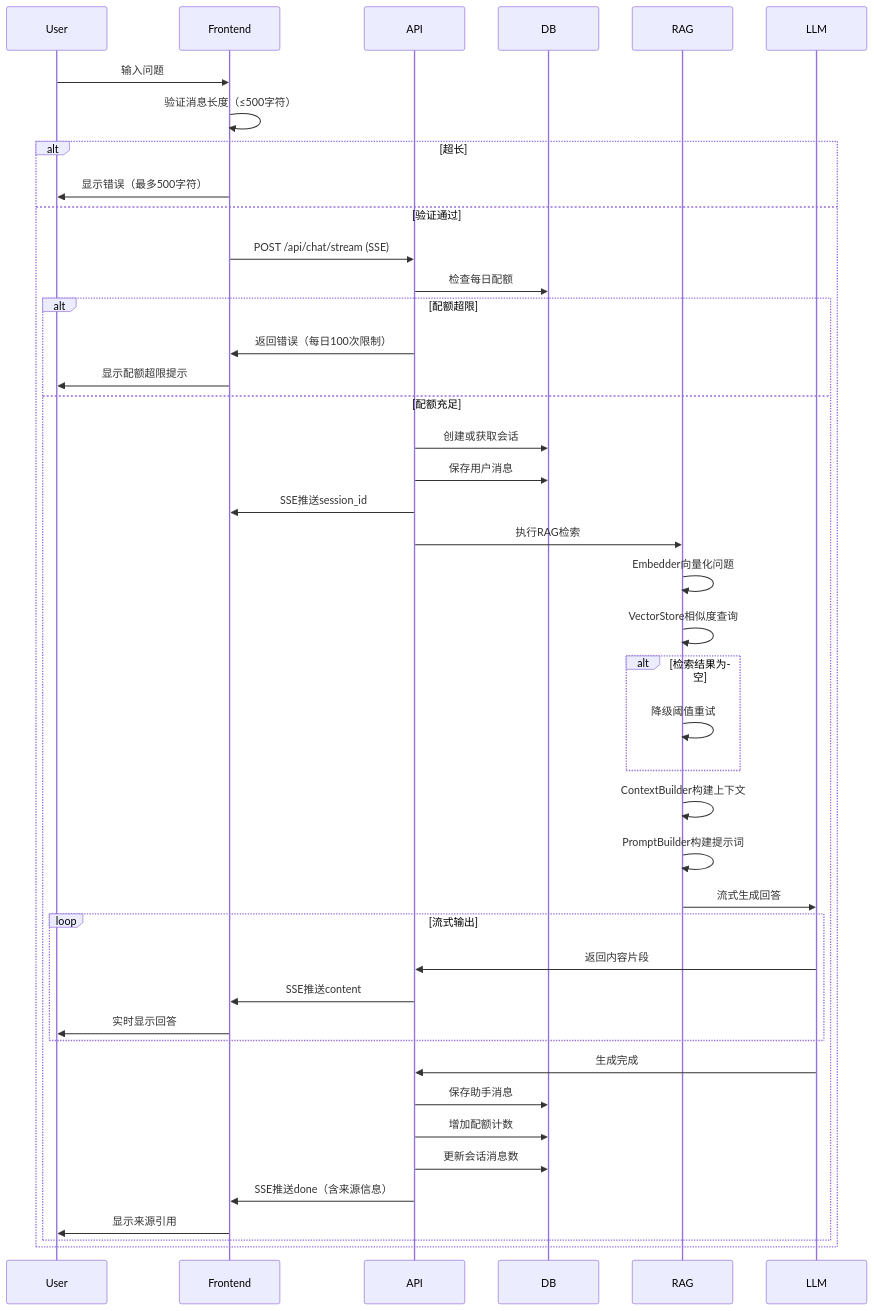
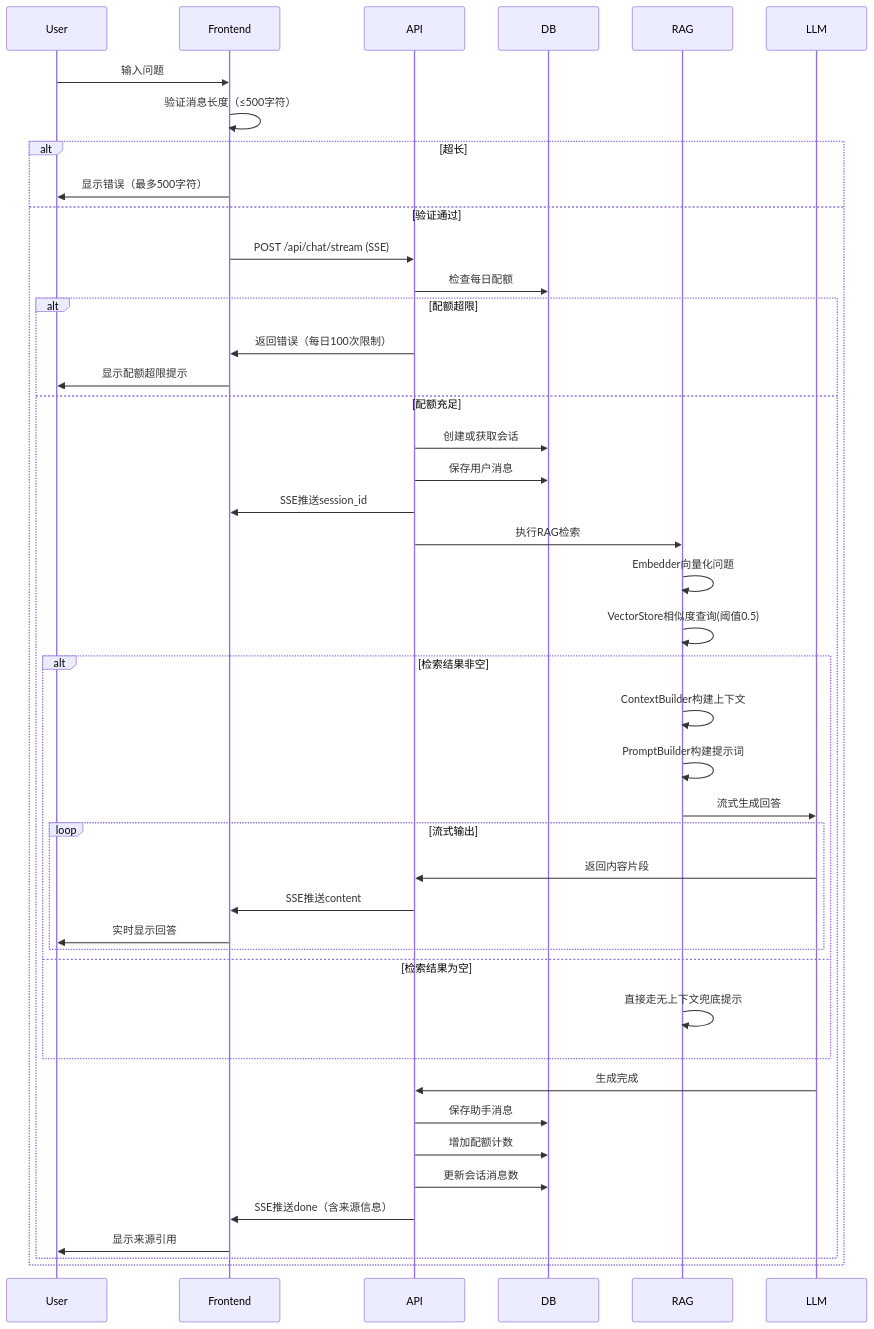
The fifth of 11 diagrams in docs/业务流程说明.md (caolufeng994/ai-customer-service), drawn with Mermaid before and after one commit. The commit also changed other lines of this file and 1 other file, not shown here.

Commit message:
docs: align similarity-threshold docs with code (0.5, no fallback)
- 项目说明.md / 业务流程说明.md: replace stale '0.6 (fallback to 0.3)' with the
  actually-deployed 0.5 (no threshold fallback; empty retrieval goes straight to
  the no-context fallback prompt), plus the text-embedding-v3 measured-distribution
  rationale (relevant 0.55~0.74 / irrelevant 0.40~0.42).
- 业务流程说明.md: fix two mermaid diagrams that still drew a 'threshold degradation
  retry' branch; empty retrieval now goes directly to the no-context fallback,
  matching retriever.retrieve_with_fallback behavior.

````diff
--- a/docs/业务流程说明.md
+++ b/docs/业务流程说明.md
@@ -178,46 +178,47 @@
 ```mermaid
 sequenceDiagram
     participant User
     participant Frontend
     participant API
     participant DB
     participant RAG
     participant LLM
 
     User->>Frontend: 输入问题
     Frontend->>Frontend: 验证消息长度（≤500字符）
     alt 超长
         Frontend->>User: 显示错误（最多500字符）
     else 验证通过
         Frontend->>API: POST /api/chat/stream (SSE)
         API->>DB: 检查每日配额
         alt 配额超限
             API->>Frontend: 返回错误（每日100次限制）
             Frontend->>User: 显示配额超限提示
         else 配额充足
             API->>DB: 创建或获取会话
             API->>DB: 保存用户消息
             API->>Frontend: SSE推送session_id
             API->>RAG: 执行RAG检索
             RAG->>RAG: Embedder向量化问题
-            RAG->>RAG: VectorStore相似度查询
-            alt 检索结果为空
-                RAG->>RAG: 降级阈值重试
-            end
-            RAG->>RAG: ContextBuilder构建上下文
-            RAG->>RAG: PromptBuilder构建提示词
-            RAG->>LLM: 流式生成回答
-            loop 流式输出
-                LLM->>API: 返回内容片段
-                API->>Frontend: SSE推送content
-                Frontend->>User: 实时显示回答
+            RAG->>RAG: VectorStore相似度查询(阈值0.5)
+            alt 检索结果非空
+                RAG->>RAG: ContextBuilder构建上下文
+                RAG->>RAG: PromptBuilder构建提示词
+                RAG->>LLM: 流式生成回答
+                loop 流式输出
+                    LLM->>API: 返回内容片段
+                    API->>Frontend: SSE推送content
+                    Frontend->>User: 实时显示回答
+                end
+            else 检索结果为空
+                RAG->>RAG: 直接走无上下文兜底提示
             end
             LLM->>API: 生成完成
             API->>DB: 保存助手消息
             API->>DB: 增加配额计数
             API->>DB: 更新会话消息数
             API->>Frontend: SSE推送done（含来源信息）
             Frontend->>User: 显示来源引用
         end
     end
 ```
````
